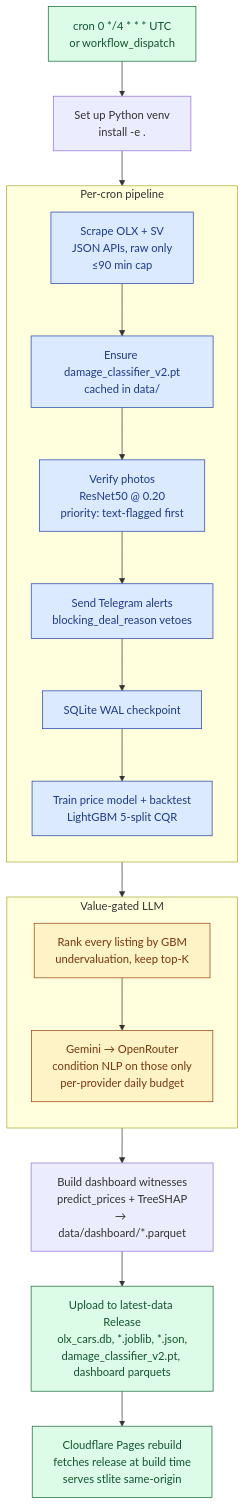
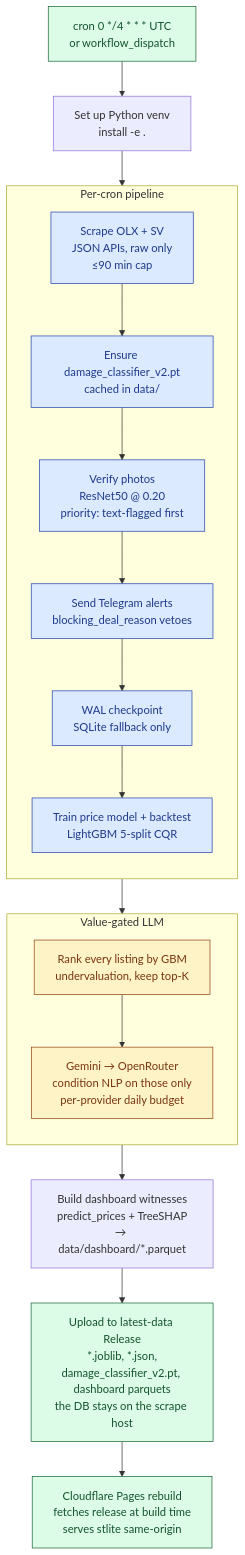
One commit to nikit34/olx-car-parser changed the first of 2 diagrams in README.md. Above: the diagram before and after it, drawn with Mermaid. The commit also changed other lines of this file and 22 other files, not shown here.

````diff
--- a/README.md
+++ b/README.md
@@ -32,32 +32,32 @@
 ```mermaid
 flowchart TD
     Cron[cron 0 */4 * * * UTC<br/>or workflow_dispatch] --> Setup
     Setup[Set up Python venv<br/>install -e .] --> Scrape
 
     subgraph Pipeline [Per-cron pipeline]
       direction TB
       Scrape[Scrape OLX + SV<br/>JSON APIs, raw only<br/>≤90 min cap] --> Weights[Ensure damage_classifier_v2.pt<br/>cached in data/]
       Weights --> Verify[Verify photos<br/>ResNet50 @ 0.20<br/>priority: text-flagged first]
       Verify --> Alerts[Send Telegram alerts<br/>blocking_deal_reason vetoes]
-      Alerts --> Checkpoint[SQLite WAL checkpoint]
+      Alerts --> Checkpoint[WAL checkpoint<br/>SQLite fallback only]
       Checkpoint --> Train[Train price model + backtest<br/>LightGBM 5-split CQR]
     end
 
     Train --> Enrich
 
     subgraph LLMStep [Value-gated LLM]
       direction TB
       Enrich[Rank every listing by GBM<br/>undervaluation, keep top-K] --> Cascade[Gemini → OpenRouter<br/>condition NLP on those only<br/>per-provider daily budget]
     end
 
     Cascade --> Witnesses[Build dashboard witnesses<br/>predict_prices + TreeSHAP<br/>→ data/dashboard/*.parquet]
-    Witnesses --> Upload[Upload to latest-data Release<br/>olx_cars.db, *.joblib, *.json,<br/>damage_classifier_v2.pt, dashboard parquets]
+    Witnesses --> Upload[Upload to latest-data Release<br/>*.joblib, *.json,<br/>damage_classifier_v2.pt, dashboard parquets<br/>the DB stays on the scrape host]
     Upload --> Dashboard[Cloudflare Pages rebuild<br/>fetches release at build time<br/>serves stlite same-origin]
 
     classDef gate fill:#fef3c7,stroke:#92400e,color:#78350f
     classDef step fill:#dbeafe,stroke:#1e40af,color:#1e3a8a
     classDef terminal fill:#dcfce7,stroke:#166534,color:#14532d
     class Enrich,Cascade gate
     class Scrape,Weights,Verify,Alerts,Checkpoint,Train step
     class Cron,Upload,Dashboard terminal
 ```
````
